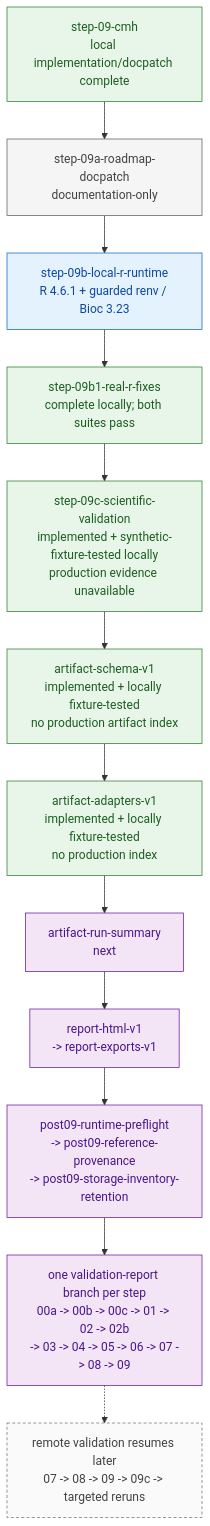
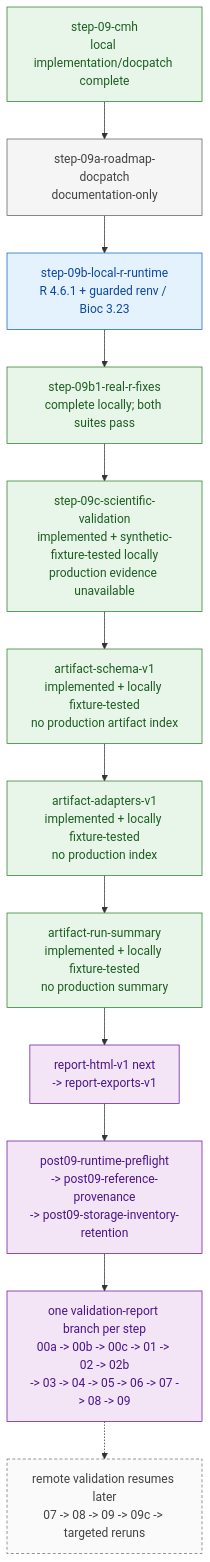
Before and after one commit to lab-cats/EMRYS: the first of 4 diagrams in docs/architecture/FUTURE_ARCHITECTURE.md, drawn with Mermaid. The commit also changed other lines of this file and 18 other files, not shown here.

Commit message:
artifact run summary docpatch

````diff
--- a/docs/architecture/FUTURE_ARCHITECTURE.md
+++ b/docs/architecture/FUTURE_ARCHITECTURE.md
@@ -39,31 +41,31 @@
 ```mermaid
 flowchart TB
     classDef current fill:#e8f5e9,stroke:#2e7d32,color:#1b5e20
     classDef docs fill:#f5f5f5,stroke:#616161,color:#424242
     classDef runtime fill:#e3f2fd,stroke:#1565c0,color:#0d47a1
     classDef future fill:#f3e5f5,stroke:#6a1b9a,color:#4a148c
     classDef deferred fill:#fafafa,stroke:#757575,color:#424242,stroke-dasharray:4 3
 
     s09["step-09-cmh<br/>local implementation/docpatch complete"]
     s09a["step-09a-roadmap-docpatch<br/>documentation-only"]
     rlocal["step-09b-local-r-runtime<br/>R 4.6.1 + guarded renv / Bioc 3.23"]
     rfix["step-09b1-real-r-fixes<br/>complete locally; both suites pass"]
     science09c["step-09c-scientific-validation<br/>implemented + synthetic-fixture-tested locally<br/>production evidence unavailable"]
     artifact_schema["artifact-schema-v1<br/>implemented + locally fixture-tested<br/>no production artifact index"]
     artifact_adapters["artifact-adapters-v1<br/>implemented + locally fixture-tested<br/>no production index"]
-    runsummary["artifact-run-summary<br/>next"]
-    reports["report-html-v1<br/>-> report-exports-v1"]
+    runsummary["artifact-run-summary<br/>implemented + locally fixture-tested<br/>no production summary"]
+    reports["report-html-v1 next<br/>-> report-exports-v1"]
     foundations["post09-runtime-preflight<br/>-> post09-reference-provenance<br/>-> post09-storage-inventory-retention"]
     validators["one validation-report branch per step<br/>00a -> 00b -> 00c -> 01 -> 02 -> 02b<br/>-> 03 -> 04 -> 05 -> 06 -> 07 -> 08 -> 09"]
     remote["remote validation resumes later<br/>07 -> 08 -> 09 -> 09c -> targeted reruns"]
 
     s09 --> s09a --> rlocal --> rfix --> science09c
     science09c --> artifact_schema --> artifact_adapters --> runsummary --> reports --> foundations --> validators
     validators -.-> remote
 
-    class s09,rfix,science09c,artifact_schema,artifact_adapters current
+    class s09,rfix,science09c,artifact_schema,artifact_adapters,runsummary current
     class s09a docs
     class rlocal runtime
-    class runsummary,reports,foundations,validators future
+    class reports,foundations,validators future
     class remote deferred
 ```
````
